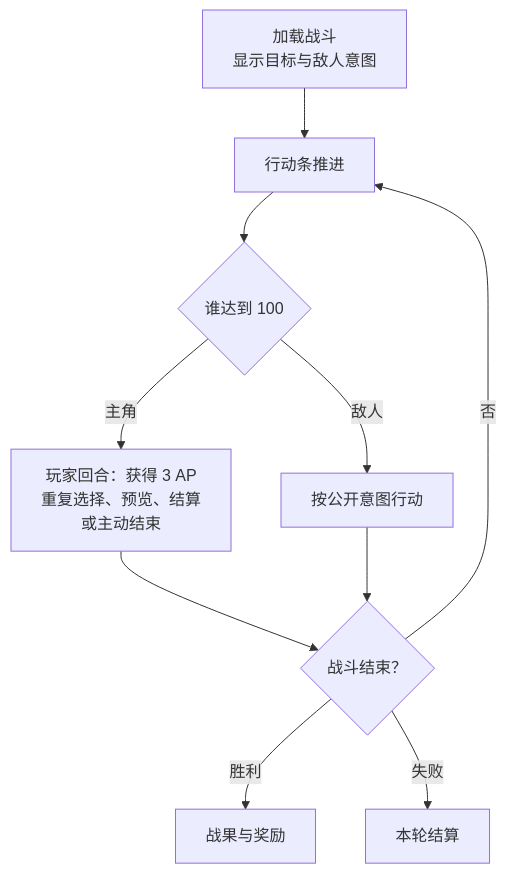
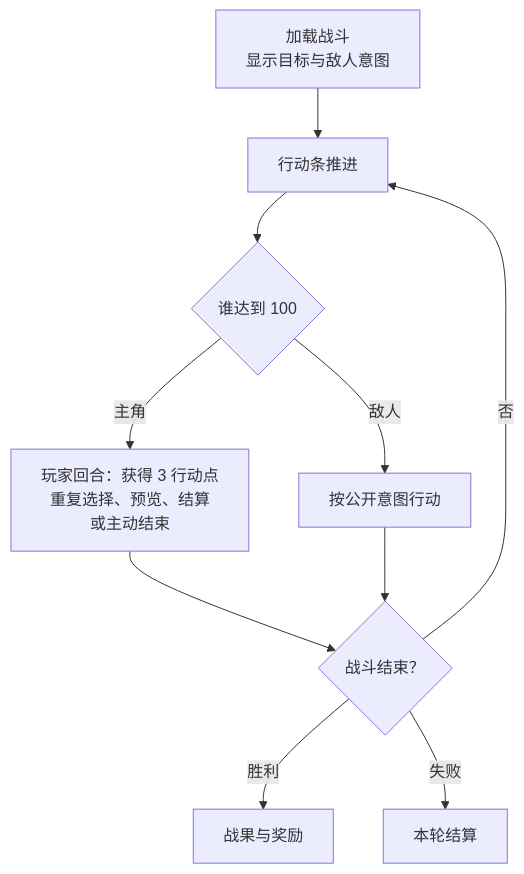
One commit to whitefool124/ooc changed the first of 2 diagrams in Worldbuilding/策划案/OCC_项目总策划案_v1.0.md. Above: the diagram before and after it, drawn with Mermaid. The commit also changed other lines of this file and 1452 other files, not shown here.

Commit message:
feat: advance academy first-stage playable flow

````diff
--- a/Worldbuilding/策划案/OCC_项目总策划案_v1.0.md
+++ b/Worldbuilding/策划案/OCC_项目总策划案_v1.0.md
@@ -332,15 +341,15 @@
 ```mermaid
 flowchart TD
     A[加载战斗
 显示目标与敌人意图] --> B[行动条推进]
     B --> C{谁达到 100}
-    C -->|主角| D[玩家回合：获得 3 AP
+    C -->|主角| D[玩家回合：获得 3 行动点
 重复选择、预览、结算
 或主动结束]
     C -->|敌人| E[按公开意图行动]
     D --> F{战斗结束？}
     E --> F
     F -->|否| B
     F -->|胜利| G[战果与奖励]
     F -->|失败| H[本轮结算]
 ```
````
